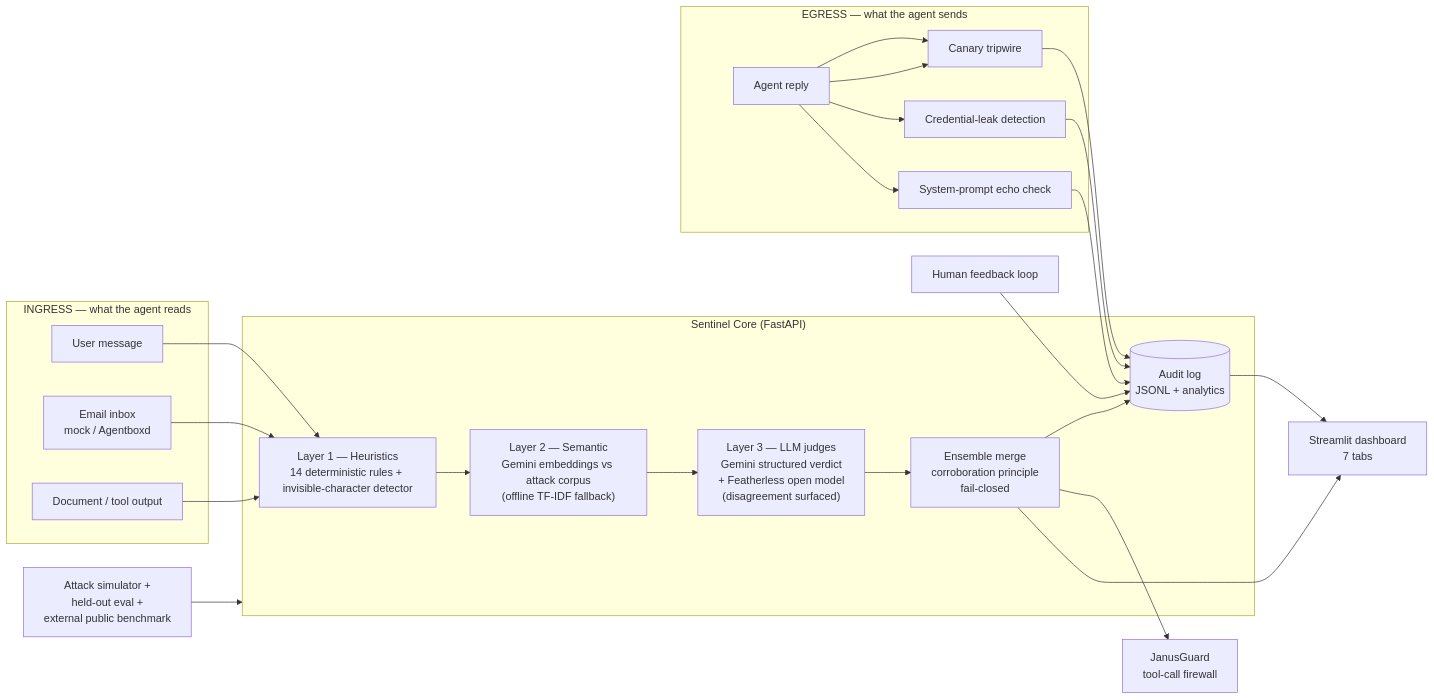
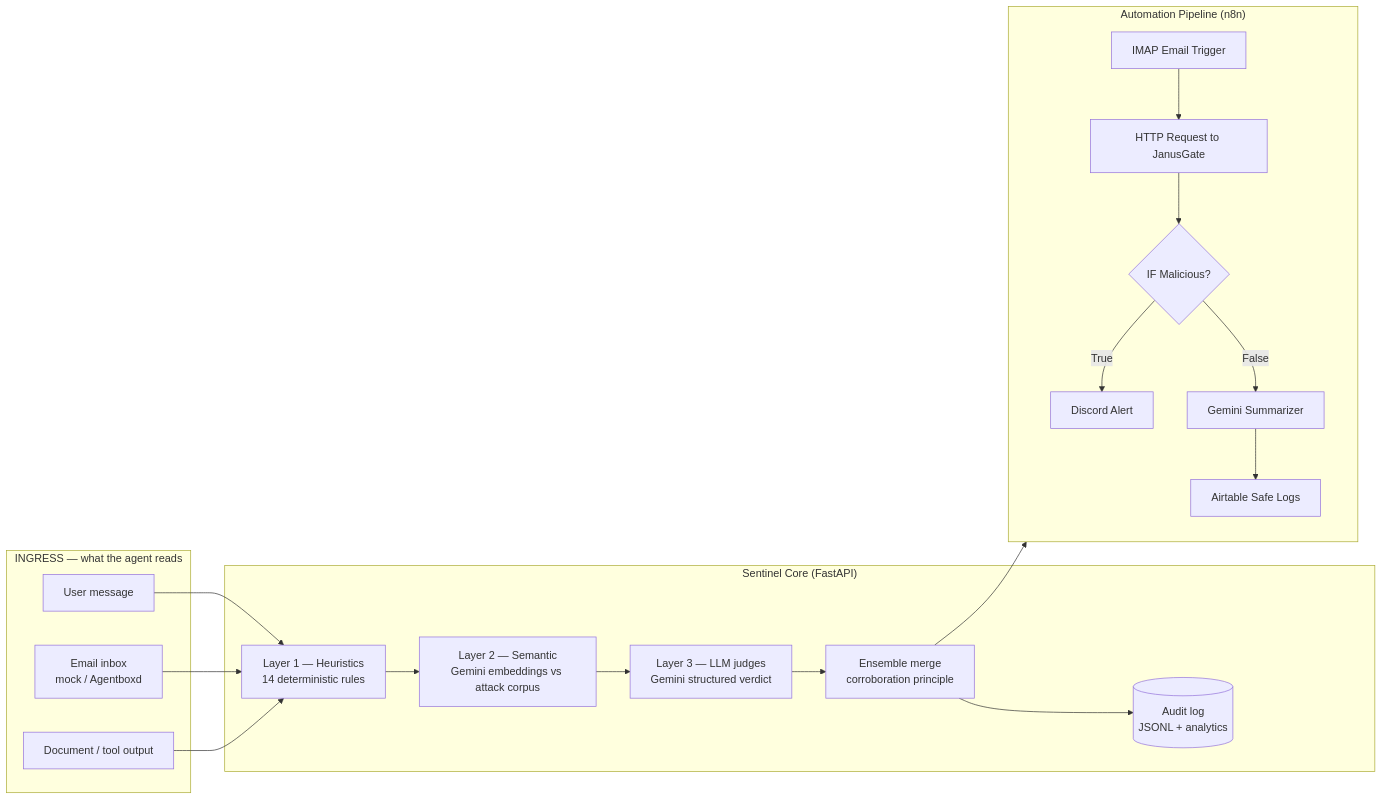
One commit to hamsavartn/JanusGate changed the diagram in README.md. Above: the diagram before and after it, drawn with Mermaid. The commit also changed other lines of this file, not shown here.

Commit message:
Final polish for submission: updated README with architecture and live links, cleaned reference files

````diff
--- a/README.md
+++ b/README.md
@@ -29,35 +25,27 @@
 ```mermaid
 flowchart LR
     subgraph Ingress["INGRESS — what the agent reads"]
         U[User message]
         E[Email inbox<br/>mock / Agentboxd]
         D[Document / tool output]
     end
 
     subgraph Sentinel["Sentinel Core (FastAPI)"]
-        H["Layer 1 — Heuristics<br/>14 deterministic rules + invisible-character detector"]
-        S["Layer 2 — Semantic<br/>Gemini embeddings vs attack corpus<br/>(offline TF-IDF fallback)"]
-        J["Layer 3 — LLM judges<br/>Gemini structured verdict<br/>+ Featherless open model<br/>(disagreement surfaced)"]
-        M["Ensemble merge<br/>corroboration principle<br/>fail-closed"]
+        H["Layer 1 — Heuristics<br/>14 deterministic rules"]
+        S["Layer 2 — Semantic<br/>Gemini embeddings vs attack corpus"]
+        J["Layer 3 — LLM judges<br/>Gemini structured verdict"]
+        M["Ensemble merge<br/>corroboration principle"]
         A[(Audit log<br/>JSONL + analytics)]
     end
 
-    subgraph Egress["EGRESS — what the agent sends"]
-        R[Agent reply] --> CAN["Canary tripwire"]
-        CRED["Credential-leak detection"]
-        ECHO["System-prompt echo check"]
+    subgraph Automation["Automation Pipeline (n8n)"]
+        N1[IMAP Email Trigger] --> N2[HTTP Request to JanusGate]
+        N2 --> N3{IF Malicious?}
+        N3 -- True --> N4[Discord Alert]
+        N3 -- False --> N5[Gemini Summarizer]
+        N5 --> N6[Airtable Safe Logs]
     end
 
-    G["JanusGuard<br/>tool-call firewall"]
-    FB["Human feedback loop"]
-    DASH["Streamlit dashboard<br/>7 tabs"]
-    SIM["Attack simulator +<br/>held-out eval +<br/>external public benchmark"]
-
     U & E & D --> H --> S --> J --> M --> A
-    R --> CAN & CRED & ECHO --> A
-    M --> G
-    M --> DASH
-    FB --> A
-    SIM --> Sentinel
-    A --> DASH
+    M --> Automation
 ```
````
